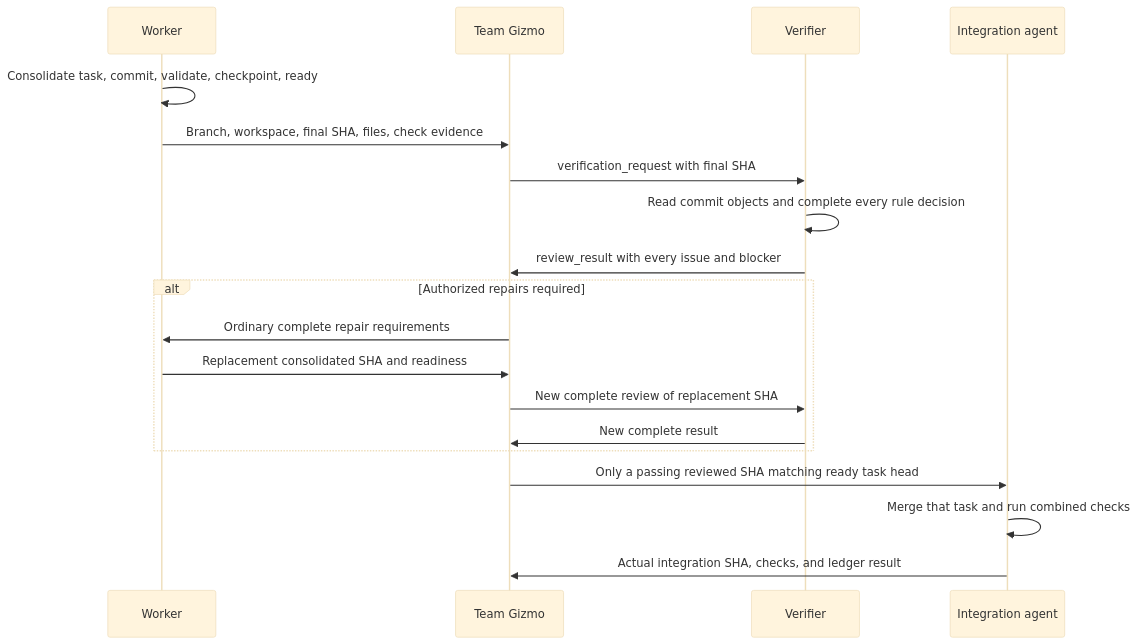
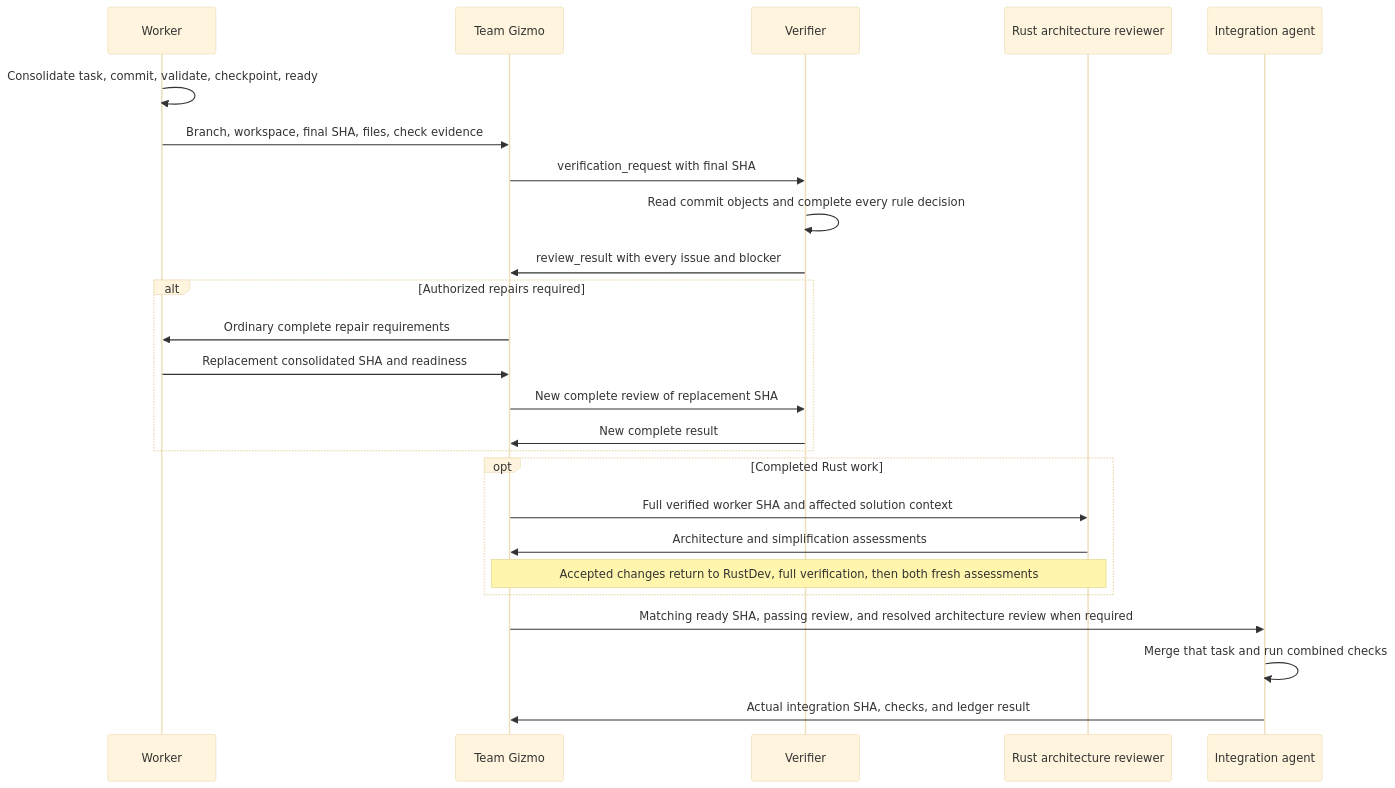
Before and after one commit to ai-ai-ai-ai-ai-ai-ai/meta-cortex: the diagram in cortex/teams/gizmo-team/docs/agent-verification.md, drawn with Mermaid (base theme). The commit also changed other lines of this file and 10 other files, not shown here.

First line of the commit message:
Replace Rust refactoring with architecture and simplification review (#65)

````diff
--- a/cortex/teams/gizmo-team/docs/agent-verification.md
+++ b/cortex/teams/gizmo-team/docs/agent-verification.md
@@ -9,21 +11,27 @@
 ```mermaid
 sequenceDiagram
     participant D as Worker
     participant G as Team Gizmo
     participant V as Verifier
+    participant A as Rust architecture reviewer
     participant I as Integration agent
     D->>D: Consolidate task, commit, validate, checkpoint, ready
     D->>G: Branch, workspace, final SHA, files, check evidence
     G->>V: verification_request with final SHA
     V->>V: Read commit objects and complete every rule decision
     V->>G: review_result with every issue and blocker
     alt Authorized repairs required
         G->>D: Ordinary complete repair requirements
         D->>G: Replacement consolidated SHA and readiness
         G->>V: New complete review of replacement SHA
         V->>G: New complete result
     end
-    G->>I: Only a passing reviewed SHA matching ready task head
+    opt Completed Rust work
+        G->>A: Full verified worker SHA and affected solution context
+        A->>G: Architecture and simplification assessments
+        Note over G,A: Accepted changes return to RustDev, full verification, then both fresh assessments
+    end
+    G->>I: Matching ready SHA, passing review, and resolved architecture review when required
     I->>I: Merge that task and run combined checks
     I->>G: Actual integration SHA, checks, and ledger result
 ```
````
